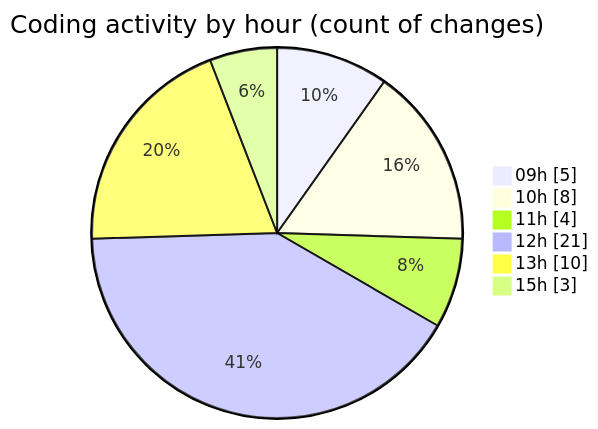
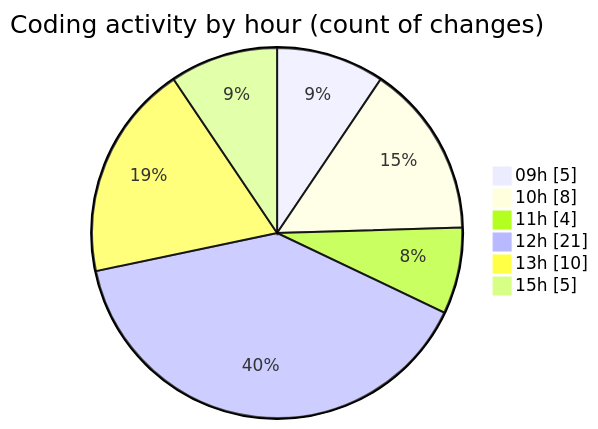
One commit to momahboobian/code-tracking changed the second of 2 diagrams in 2026-11-05/cda/README.md. Above: the diagram before and after it, drawn with Mermaid. The commit also changed other lines of this file and 1 other file, not shown here.

````diff
--- a/2026-11-05/cda/README.md
+++ b/2026-11-05/cda/README.md
@@ -45,10 +45,10 @@
 ```mermaid
 pie showData
 title Coding activity by hour (count of changes)
 "09h" : 5
 "10h" : 8
 "11h" : 4
 "12h" : 21
 "13h" : 10
-"15h" : 3
+"15h" : 5
 ```
````
